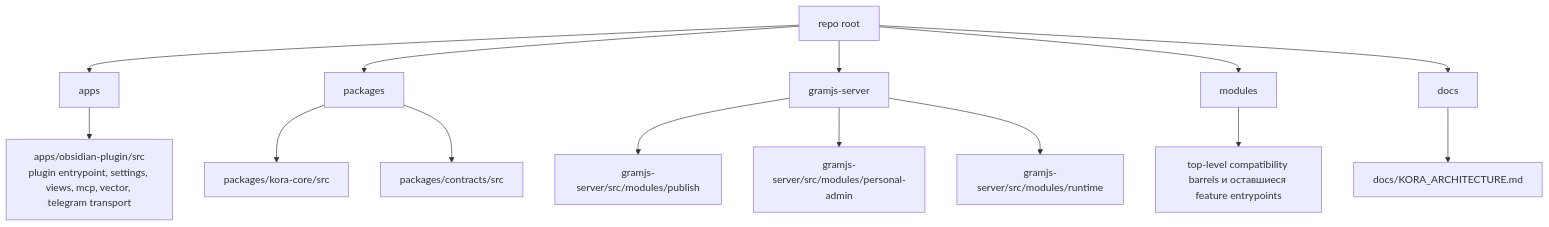
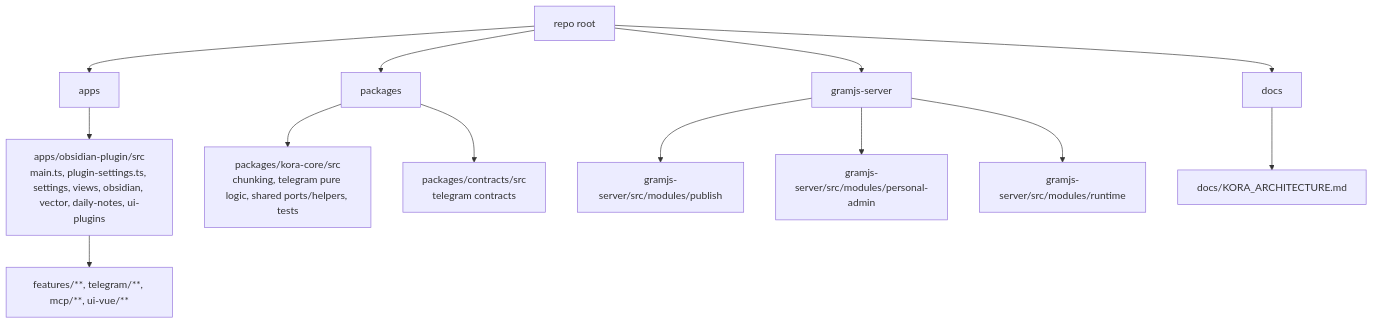
One commit to KoraReinolds/obsidian-kora changed the second of 2 diagrams in docs/KORA_ARCHITECTURE.md. Above: the diagram before and after it, drawn with Mermaid. The commit also changed other lines of this file and 158 other files, not shown here.

Commit message:
Complete modules phaseout and update architecture docs

````diff
--- a/docs/KORA_ARCHITECTURE.md
+++ b/docs/KORA_ARCHITECTURE.md
@@ -78,19 +78,18 @@
 ```mermaid
 flowchart TB
     Root["repo root"]
 
     Root --> Apps["apps"]
     Root --> Packages["packages"]
     Root --> Server["gramjs-server"]
-    Root --> Modules["modules"]
     Root --> Docs["docs"]
 
-    Apps --> PluginApp["apps/obsidian-plugin/src<br/>plugin entrypoint, settings, views, mcp, vector, telegram transport"]
-    Packages --> CorePkg["packages/kora-core/src"]
-    Packages --> ContractsPkg["packages/contracts/src"]
+    Apps --> PluginApp["apps/obsidian-plugin/src<br/>main.ts, plugin-settings.ts, settings, views, obsidian, vector, daily-notes, ui-plugins"]
+    PluginApp --> PluginFeatures["features/**, telegram/**, mcp/**, ui-vue/**"]
+    Packages --> CorePkg["packages/kora-core/src<br/>chunking, telegram pure logic, shared ports/helpers, tests"]
+    Packages --> ContractsPkg["packages/contracts/src<br/>telegram contracts"]
     Server --> PublishMod["gramjs-server/src/modules/publish"]
     Server --> PersonalMod["gramjs-server/src/modules/personal-admin"]
     Server --> RuntimeMod["gramjs-server/src/modules/runtime"]
-    Modules --> Shims["top-level compatibility barrels и оставшиеся feature entrypoints"]
     Docs --> ArchitectureDoc["docs/KORA_ARCHITECTURE.md"]
 ```
````
